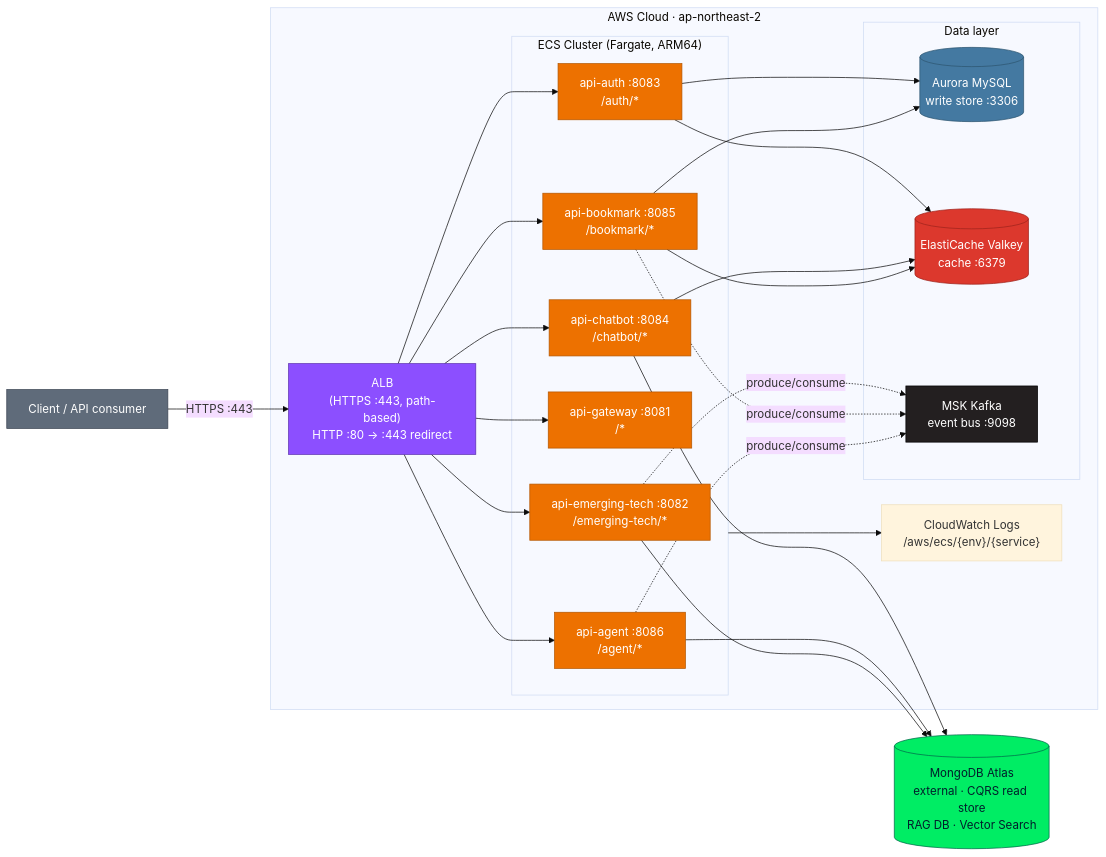
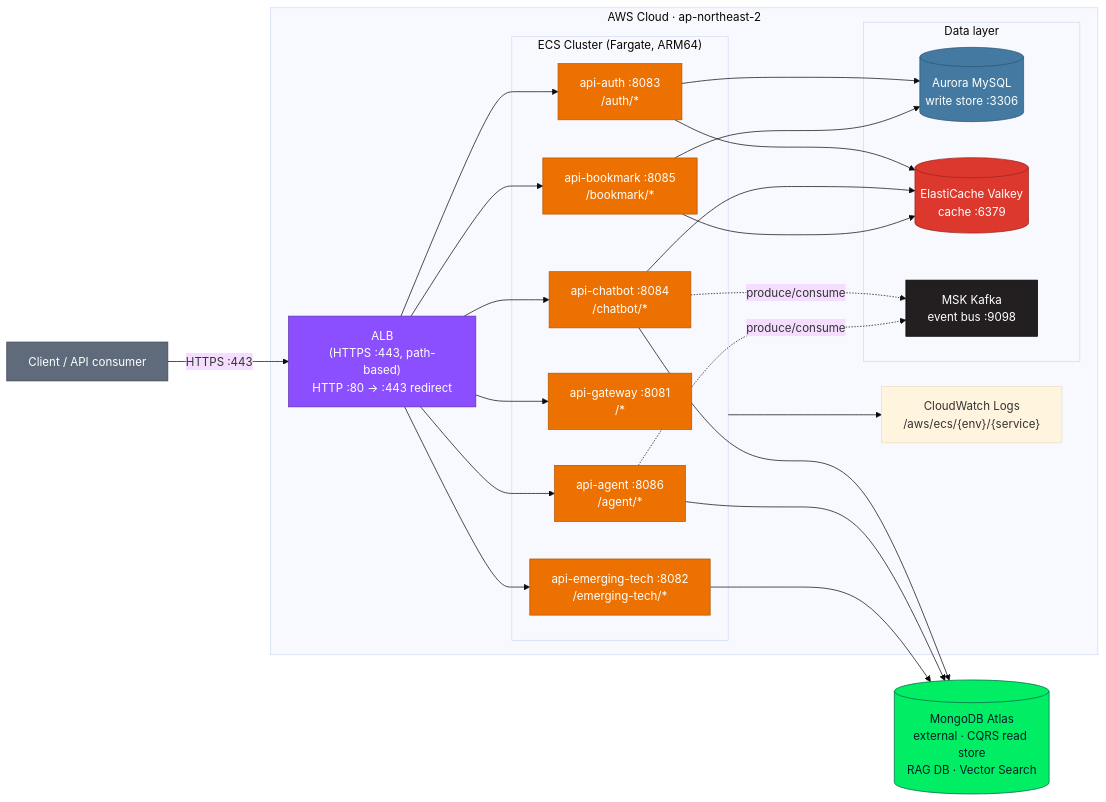
Before and after one commit to thswlsqls/tech-n-ai-backend: the first of 4 diagrams in devops/aws/mermaid/architecture.md, drawn with Mermaid (base theme). The commit also changed other lines of this file and 19 other files, not shown here.

````diff
--- a/devops/aws/mermaid/architecture.md
+++ b/devops/aws/mermaid/architecture.md
@@ -12,67 +13,66 @@
 ```mermaid
 flowchart LR
     client["Client / API consumer"]
 
     subgraph aws["AWS Cloud · ap-northeast-2"]
         alb["ALB<br/>(HTTPS :443, path-based)<br/>HTTP :80 → :443 redirect"]
 
         subgraph ecs["ECS Cluster (Fargate, ARM64)"]
             gw["api-gateway :8081<br/>/*"]
             auth["api-auth :8083<br/>/auth/*"]
             et["api-emerging-tech :8082<br/>/emerging-tech/*"]
             chat["api-chatbot :8084<br/>/chatbot/*"]
             book["api-bookmark :8085<br/>/bookmark/*"]
             agent["api-agent :8086<br/>/agent/*"]
         end
 
         subgraph data["Data layer"]
             aurora[("Aurora MySQL<br/>write store :3306")]
             valkey[("ElastiCache Valkey<br/>cache :6379")]
             msk["MSK Kafka<br/>event bus :9098"]
         end
 
         logs["CloudWatch Logs<br/>/aws/ecs/{env}/{service}"]
     end
 
     mongo[("MongoDB Atlas<br/>external · CQRS read store<br/>RAG DB · Vector Search")]
 
     client -->|HTTPS :443| alb
     alb --> gw & auth & et & chat & book & agent
 
     auth --> aurora
     book --> aurora
     auth --> valkey
     chat --> valkey
     book --> valkey
 
-    et -.->|produce/consume| msk
-    book -.->|produce/consume| msk
+    chat -.->|produce/consume| msk
     agent -.->|produce/consume| msk
 
     chat --> mongo
     agent --> mongo
     et --> mongo
 
     ecs --> logs
 
     %% 환경 차이: dev 에는 MSK 노드와 점선 연결이 없음. beta=MSK Serverless, prod=MSK Provisioned(3 broker).
     %% ALB 프로토콜: prod=HTTPS 443(+80 리다이렉트), dev/beta=HTTP 80. 위 그림은 prod 기준.
     %% 프런트(Amplify/CloudFront)는 모듈만 있고 미배포 → 진입점은 ALB 뿐.
 
     %% 색상: 공식 브랜드·AWS 카테고리 색으로 계층을 한눈에 구분
     classDef cons fill:#5F6B7A,stroke:#3B4453,color:#fff
     classDef lb fill:#8C4FFF,stroke:#5B2FB0,color:#fff
     classDef svc fill:#ED7100,stroke:#B35600,color:#fff
     classDef rdb fill:#4479A1,stroke:#2D5570,color:#fff
     classDef cache fill:#DC382D,stroke:#9E241C,color:#fff
     classDef bus fill:#231F20,stroke:#000000,color:#fff
     classDef mongodb fill:#00ED64,stroke:#00684A,color:#001E2B
 
     class client cons
     class alb lb
     class gw,auth,et,chat,book,agent svc
     class aurora rdb
     class valkey cache
     class msk bus
     class mongo mongodb
 ```
````
